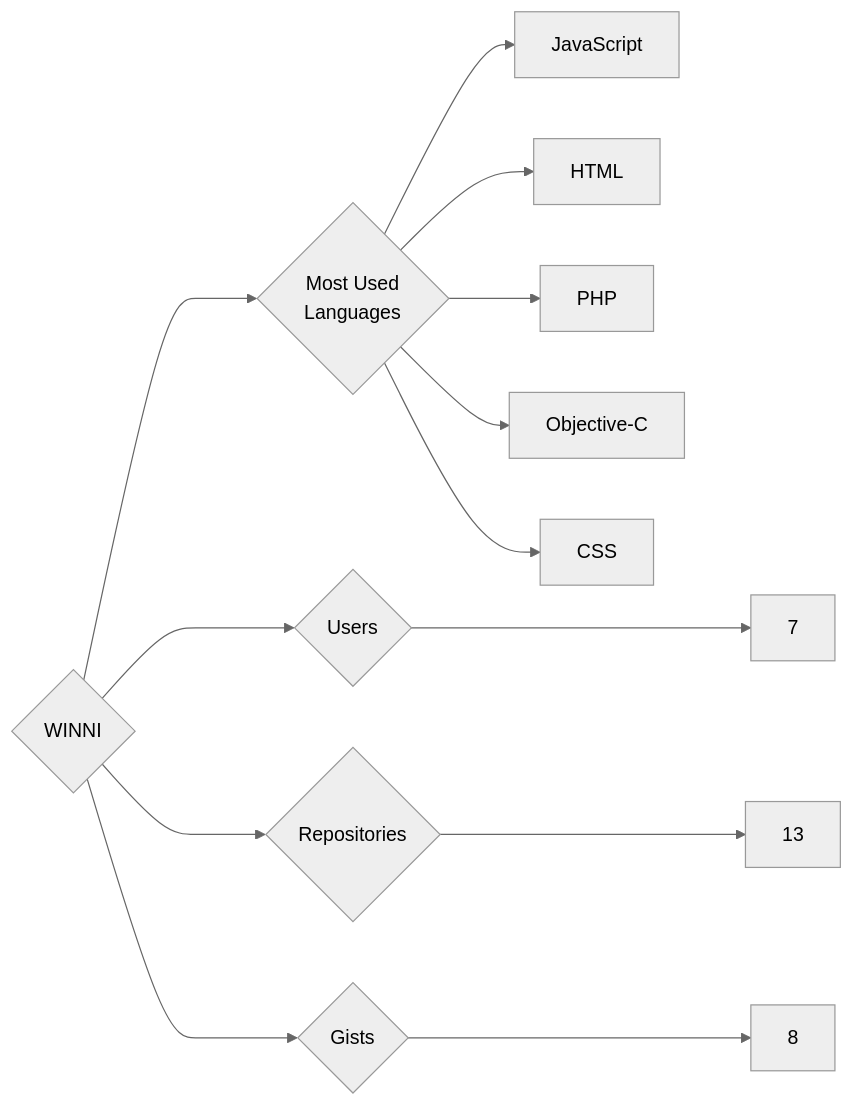
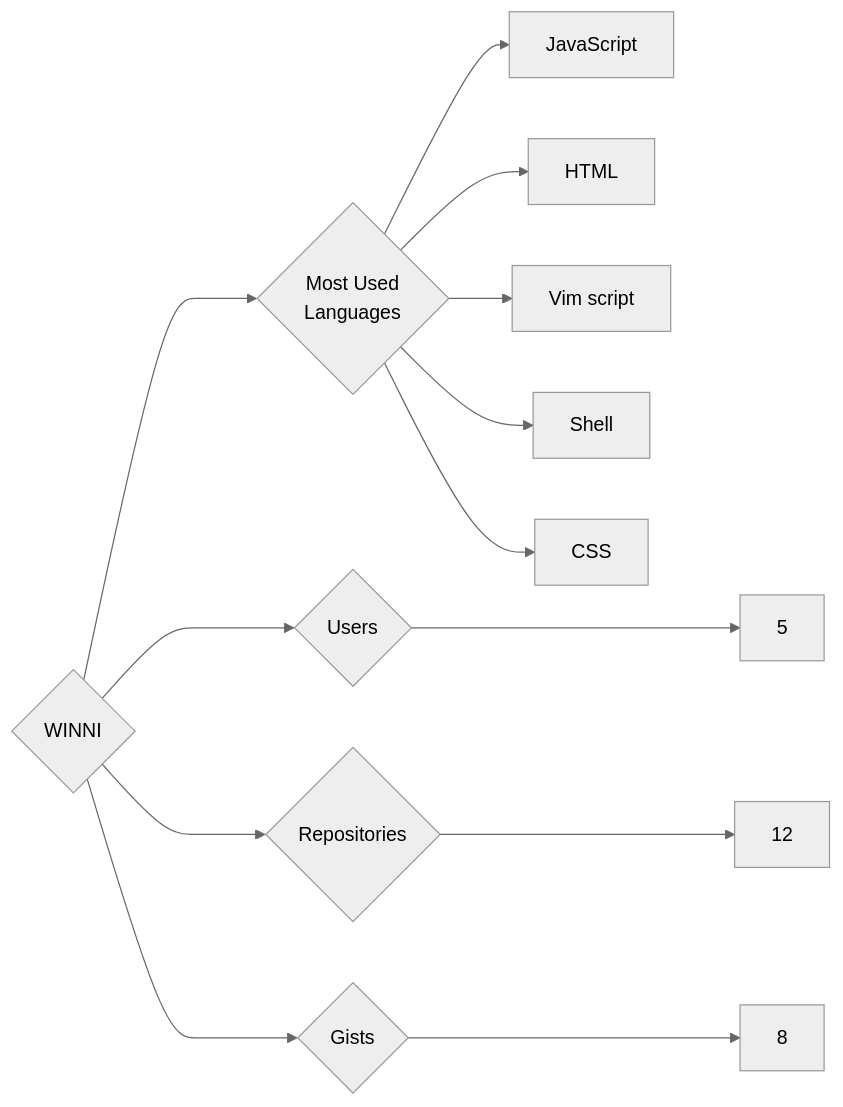
The diagram in targets/WINNI/README.md (trickest/insiders), drawn with Mermaid (neutral theme) before and after one commit. The commit also changed 1011 other files, not shown here.

````diff
--- a/targets/WINNI/README.md
+++ b/targets/WINNI/README.md
@@ -3,13 +3,13 @@
 ```mermaid
 graph LR
 COMPANY_NAME{WINNI}
-COMPANY_NAME ---> U{Users} ---> UN[7]
-COMPANY_NAME ---> R{Repositories} ---> RN[13]
+COMPANY_NAME ---> U{Users} ---> UN[5]
+COMPANY_NAME ---> R{Repositories} ---> RN[12]
 COMPANY_NAME ---> G{Gists} ---> GN[8]
 COMPANY_NAME ---> ML{Most Used<br>Languages}
 ML --> JavaScript[JavaScript]
 ML --> HTML[HTML]
-ML --> PHP[PHP]
-ML --> Objective-C[Objective-C]
+ML --> Vim_script[Vim script]
+ML --> Shell[Shell]
 ML --> CSS[CSS]
 ```
````
